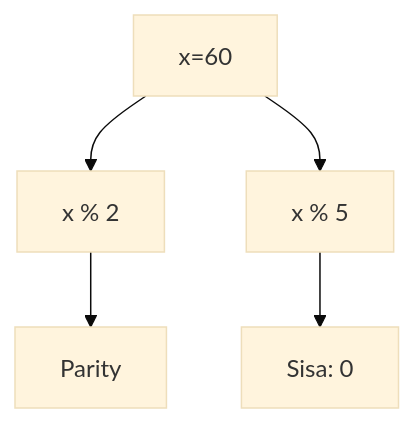
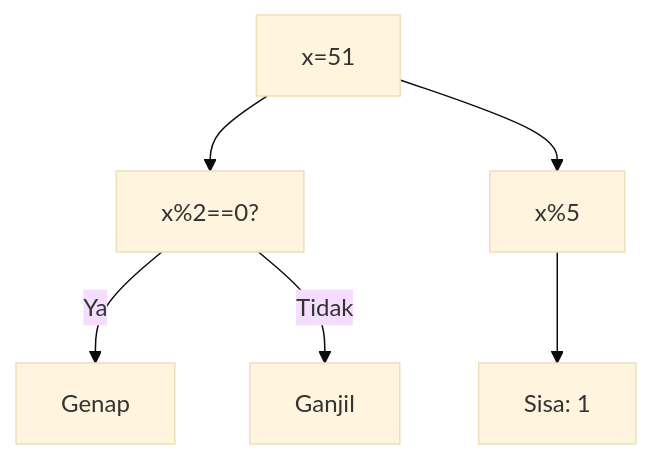
Diagram 17 of 25 in part-c-pemahaman-cpp/02-percabangan/latihan/set-12.md (amnahwaida/OSNK_INF_PREP), drawn with Mermaid (base theme) before and after one commit. The commit also changed other lines of this file and 71 other files, not shown here.

Commit message:
Fixed Mermaid syntax lexical errors with quoted labels in 1,800 questions

````diff
--- a/part-c-pemahaman-cpp/02-percabangan/latihan/set-12.md
+++ b/part-c-pemahaman-cpp/02-percabangan/latihan/set-12.md
@@ -509,7 +518,8 @@
 ```mermaid
 graph TD
-A[x=60] --> B[x % 2]
-B --> C[Parity]
-A --> D[x % 5]
-D --> E[Sisa: 0]
+A["x=51"] --> B["x%2==0?"]
+B -- Ya --> C["Genap"]
+B -- Tidak --> D["Ganjil"]
+A --> E["x%5"]
+E --> F["Sisa: 1"]
 ```
````
